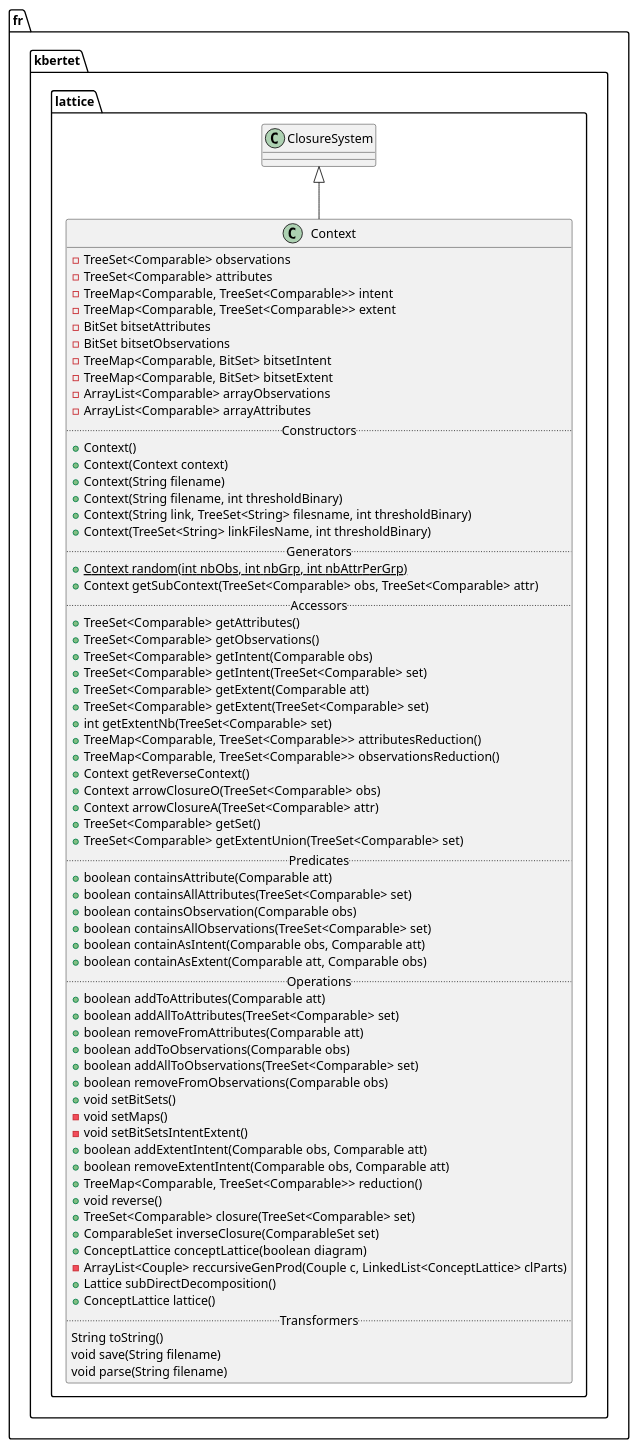
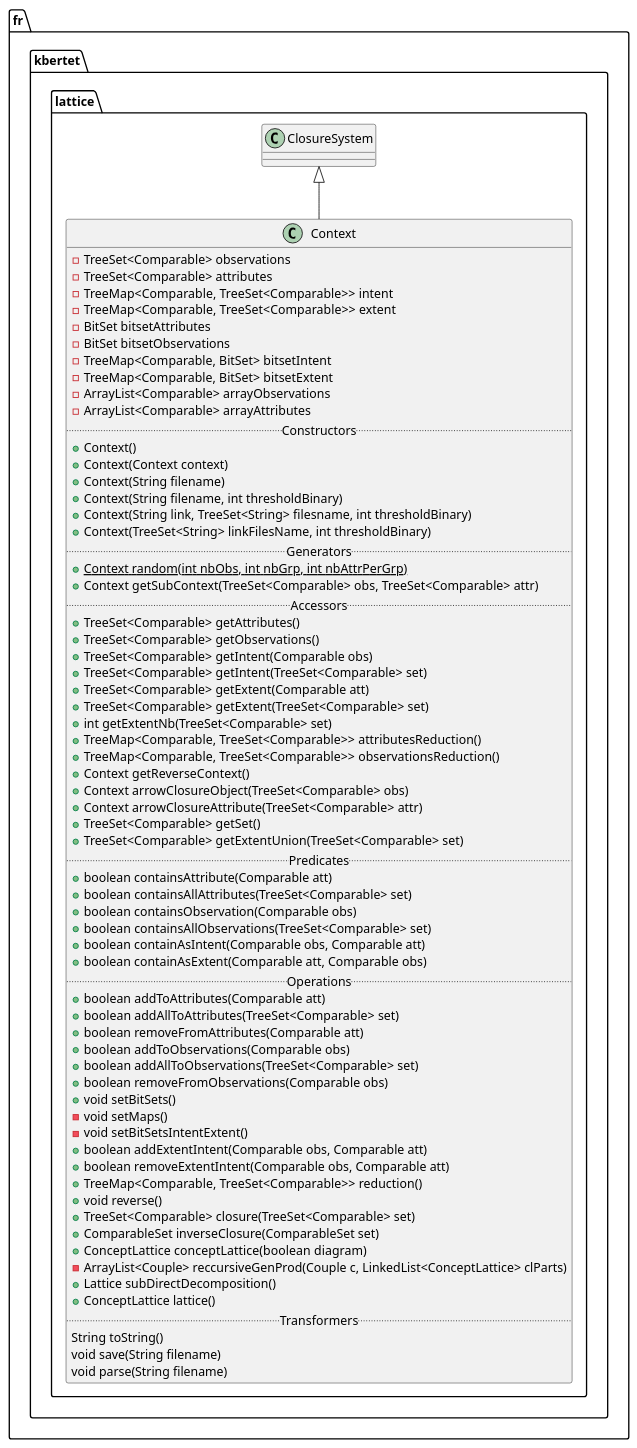
Before and after one commit to thegalactic/java-lattices: the diagram in src/fr/kbertet/lattice/Context.iuml, drawn with PlantUML. The commit also changed 3 other files, not shown here.

Commit message:
Update Names : arrowClosedObject, arrowClosedAttribute

```diff
--- a/src/fr/kbertet/lattice/Context.iuml
+++ b/src/fr/kbertet/lattice/Context.iuml
@@ -1,72 +1,72 @@
 package fr.kbertet.lattice {
     class Context {
         -TreeSet<Comparable> observations
         -TreeSet<Comparable> attributes
         -TreeMap<Comparable, TreeSet<Comparable>> intent
         -TreeMap<Comparable, TreeSet<Comparable>> extent
         -BitSet bitsetAttributes
         -BitSet bitsetObservations
         -TreeMap<Comparable, BitSet> bitsetIntent
         -TreeMap<Comparable, BitSet> bitsetExtent
         -ArrayList<Comparable> arrayObservations
         -ArrayList<Comparable> arrayAttributes
         .. Constructors ..
         +Context()
         +Context(Context context)
         +Context(String filename)
         +Context(String filename, int thresholdBinary)
         +Context(String link, TreeSet<String> filesname, int thresholdBinary)
         +Context(TreeSet<String> linkFilesName, int thresholdBinary)
         .. Generators ..
         {static}+Context random(int nbObs, int nbGrp, int nbAttrPerGrp)
         +Context getSubContext(TreeSet<Comparable> obs, TreeSet<Comparable> attr)
         .. Accessors ..
         +TreeSet<Comparable> getAttributes()
         +TreeSet<Comparable> getObservations()
         +TreeSet<Comparable> getIntent(Comparable obs)
         +TreeSet<Comparable> getIntent(TreeSet<Comparable> set)
         +TreeSet<Comparable> getExtent(Comparable att)
         +TreeSet<Comparable> getExtent(TreeSet<Comparable> set)
         +int getExtentNb(TreeSet<Comparable> set)
         +TreeMap<Comparable, TreeSet<Comparable>> attributesReduction()
         +TreeMap<Comparable, TreeSet<Comparable>> observationsReduction()
         +Context getReverseContext()
-        +Context arrowClosureO(TreeSet<Comparable> obs)
-        +Context arrowClosureA(TreeSet<Comparable> attr)
+        +Context arrowClosureObject(TreeSet<Comparable> obs)
+        +Context arrowClosureAttribute(TreeSet<Comparable> attr)
         +TreeSet<Comparable> getSet()
         +TreeSet<Comparable> getExtentUnion(TreeSet<Comparable> set)
         .. Predicates ..
         +boolean containsAttribute(Comparable att)
         +boolean containsAllAttributes(TreeSet<Comparable> set)
         +boolean containsObservation(Comparable obs)
         +boolean containsAllObservations(TreeSet<Comparable> set)
         +boolean containAsIntent(Comparable obs, Comparable att)
         +boolean containAsExtent(Comparable att, Comparable obs)
         .. Operations ..
         +boolean addToAttributes(Comparable att)
         +boolean addAllToAttributes(TreeSet<Comparable> set)
         +boolean removeFromAttributes(Comparable att)
         +boolean addToObservations(Comparable obs)
         +boolean addAllToObservations(TreeSet<Comparable> set)
         +boolean removeFromObservations(Comparable obs)
         +void setBitSets()
         -void setMaps()
         -void setBitSetsIntentExtent()
         +boolean addExtentIntent(Comparable obs, Comparable att)
         +boolean removeExtentIntent(Comparable obs, Comparable att)
         +TreeMap<Comparable, TreeSet<Comparable>> reduction()
         +void reverse()
         +TreeSet<Comparable> closure(TreeSet<Comparable> set)
         +ComparableSet inverseClosure(ComparableSet set)
         +ConceptLattice conceptLattice(boolean  diagram)
         -ArrayList<Couple> reccursiveGenProd(Couple c, LinkedList<ConceptLattice> clParts)
         +Lattice subDirectDecomposition()
         +ConceptLattice lattice()
         .. Transformers ..
         String toString()
         void save(String filename)
         void parse(String filename)
     }
 
     ClosureSystem <|-- Context
 }
```
